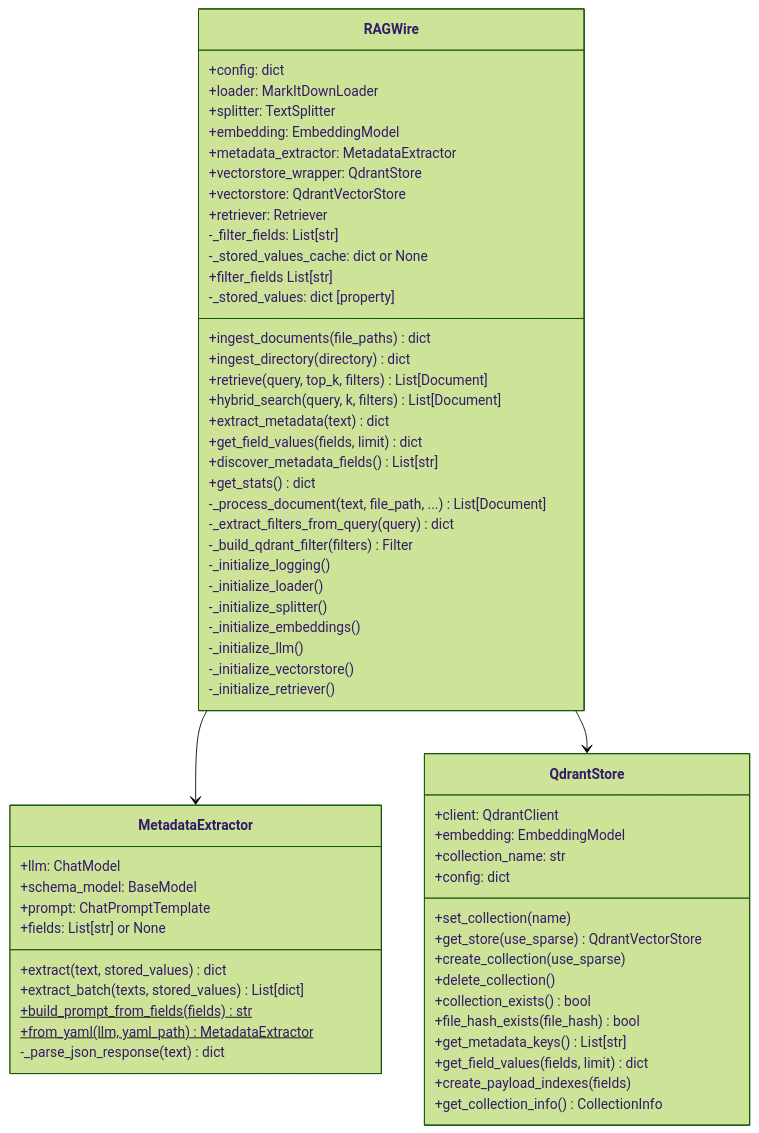
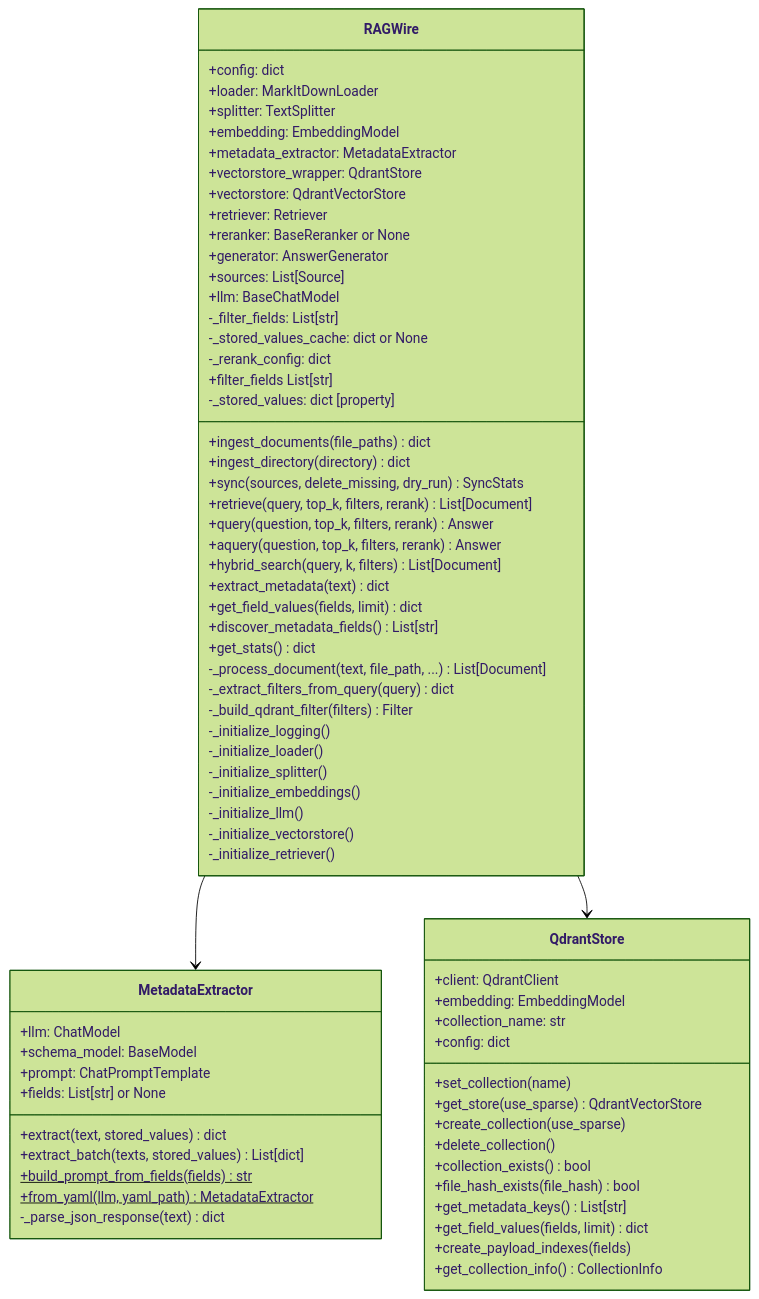
The second of 3 diagrams in docs/architecture/component_map.md (laxmimerit/RAGWire), drawn with Mermaid (forest theme) before and after one commit. The commit also changed other lines of this file and 7 other files, not shown here.

````diff
--- a/docs/architecture/component_map.md
+++ b/docs/architecture/component_map.md
@@ -48,71 +70,79 @@
 ```mermaid
 classDiagram
     class RAGWire {
         +config: dict
         +loader: MarkItDownLoader
         +splitter: TextSplitter
         +embedding: EmbeddingModel
         +metadata_extractor: MetadataExtractor
         +vectorstore_wrapper: QdrantStore
         +vectorstore: QdrantVectorStore
         +retriever: Retriever
+        +reranker: BaseReranker or None
+        +generator: AnswerGenerator
+        +sources: List[Source]
+        +llm: BaseChatModel
         -_filter_fields: List[str]
         -_stored_values_cache: dict or None
+        -_rerank_config: dict
 
         +ingest_documents(file_paths) dict
         +ingest_directory(directory) dict
-        +retrieve(query, top_k, filters) List[Document]
+        +sync(sources, delete_missing, dry_run) SyncStats
+        +retrieve(query, top_k, filters, rerank) List[Document]
+        +query(question, top_k, filters, rerank) Answer
+        +aquery(question, top_k, filters, rerank) Answer
         +hybrid_search(query, k, filters) List[Document]
         +extract_metadata(text) dict
         +get_field_values(fields, limit) dict
         +filter_fields List[str]
         +discover_metadata_fields() List[str]
         +get_stats() dict
 
         -_process_document(text, file_path, ...) List[Document]
         -_extract_filters_from_query(query) dict
         -_build_qdrant_filter(filters) Filter
         -_stored_values: dict [property]
         -_initialize_logging()
         -_initialize_loader()
         -_initialize_splitter()
         -_initialize_embeddings()
         -_initialize_llm()
         -_initialize_vectorstore()
         -_initialize_retriever()
     }
 
     class MetadataExtractor {
         +llm: ChatModel
         +schema_model: BaseModel
         +prompt: ChatPromptTemplate
         +fields: List[str] or None
 
         +extract(text, stored_values) dict
         +extract_batch(texts, stored_values) List[dict]
         +build_prompt_from_fields(fields)$ str
         +from_yaml(llm, yaml_path)$ MetadataExtractor
         -_parse_json_response(text) dict
     }
 
     class QdrantStore {
         +client: QdrantClient
         +embedding: EmbeddingModel
         +collection_name: str
         +config: dict
 
         +set_collection(name)
         +get_store(use_sparse) QdrantVectorStore
         +create_collection(use_sparse)
         +delete_collection()
         +collection_exists() bool
         +file_hash_exists(file_hash) bool
         +get_metadata_keys() List[str]
         +get_field_values(fields, limit) dict
         +create_payload_indexes(fields)
         +get_collection_info() CollectionInfo
     }
 
     RAGWire --> MetadataExtractor
     RAGWire --> QdrantStore
 ```
````
